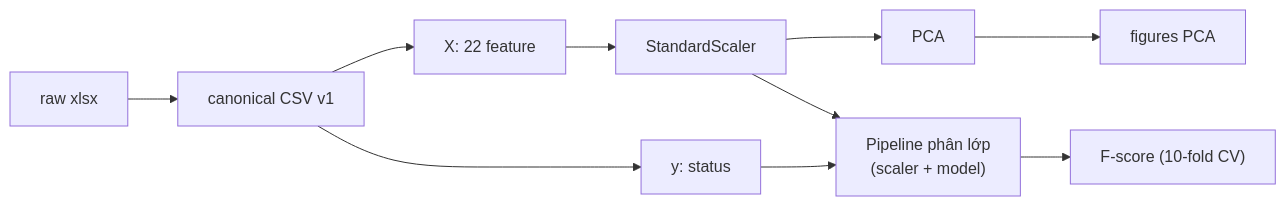
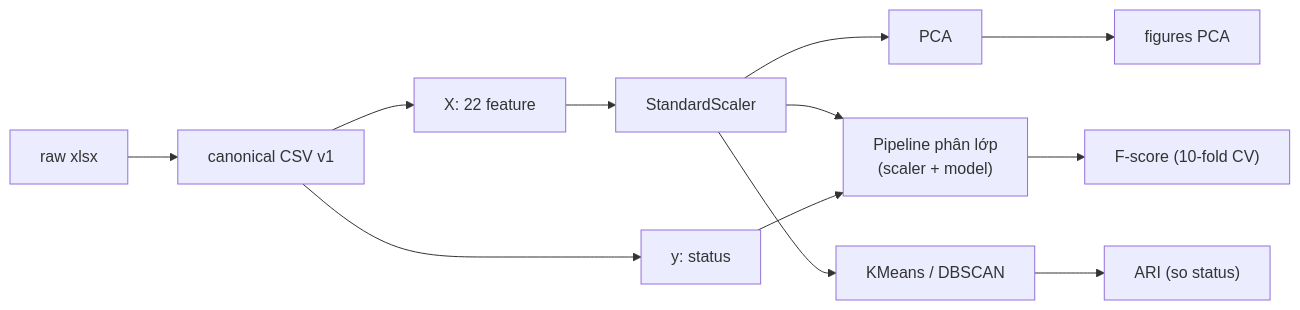
One commit to KaiyoDev/Nhom_3_KhaiThacDuLieu_Parkinsons changed the third of 4 diagrams in README.md. Above: the diagram before and after it, drawn with Mermaid. The commit also changed other lines of this file, not shown here.

````diff
--- a/README.md
+++ b/README.md
@@ -67,12 +70,14 @@
 ```mermaid
 flowchart LR
     R["raw xlsx"] --> D["canonical CSV v1"]
     D --> X["X: 22 feature"]
     D --> Y["y: status"]
     X --> SC["StandardScaler"]
     SC --> P["PCA"]
     SC --> CL["Pipeline phân lớp<br/>(scaler + model)"]
+    SC --> KM["KMeans / DBSCAN"]
     Y --> CL
     P --> F1["figures PCA"]
     CL --> R1["F-score (10-fold CV)"]
+    KM --> R2["ARI (so status)"]
 ```
````
